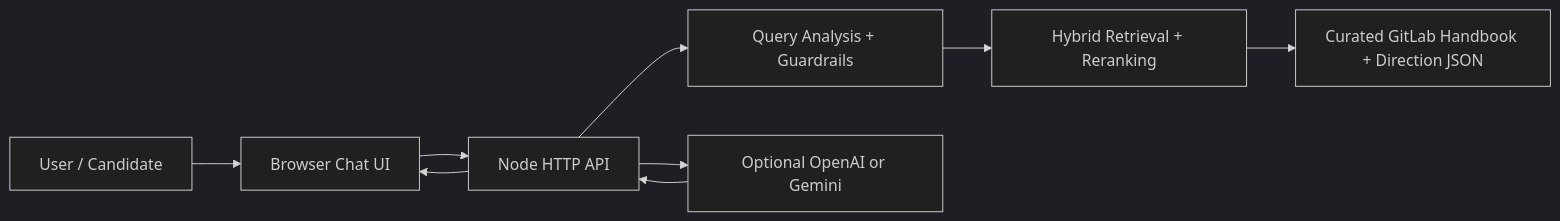
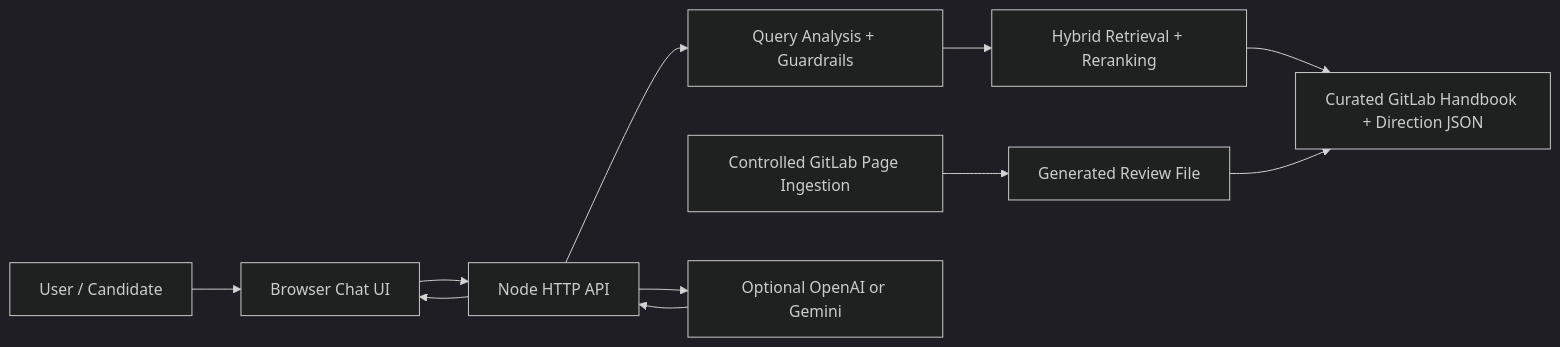
Before and after one commit to palakk19/Gitlab-handbook-chatbot: the diagram in docs/ARCHITECTURE.md, drawn with Mermaid (dark theme). The commit also changed other lines of this file and 7 other files, not shown here.

Commit message:
Add controlled GitLab knowledge ingestion pipeline

````diff
--- a/docs/ARCHITECTURE.md
+++ b/docs/ARCHITECTURE.md
@@ -5,11 +5,13 @@
 ```mermaid
 flowchart LR
   User["User / Candidate"] --> UI["Browser Chat UI"]
   UI --> API["Node HTTP API"]
   API --> QueryAnalysis["Query Analysis + Guardrails"]
   QueryAnalysis --> Retrieval["Hybrid Retrieval + Reranking"]
   Retrieval --> KB["Curated GitLab Handbook + Direction JSON"]
+  Ingest["Controlled GitLab Page Ingestion"] --> Review["Generated Review File"]
+  Review --> KB
   API --> OptionalLLM["Optional OpenAI or Gemini"]
   OptionalLLM --> API
   API --> UI
 ```
````
